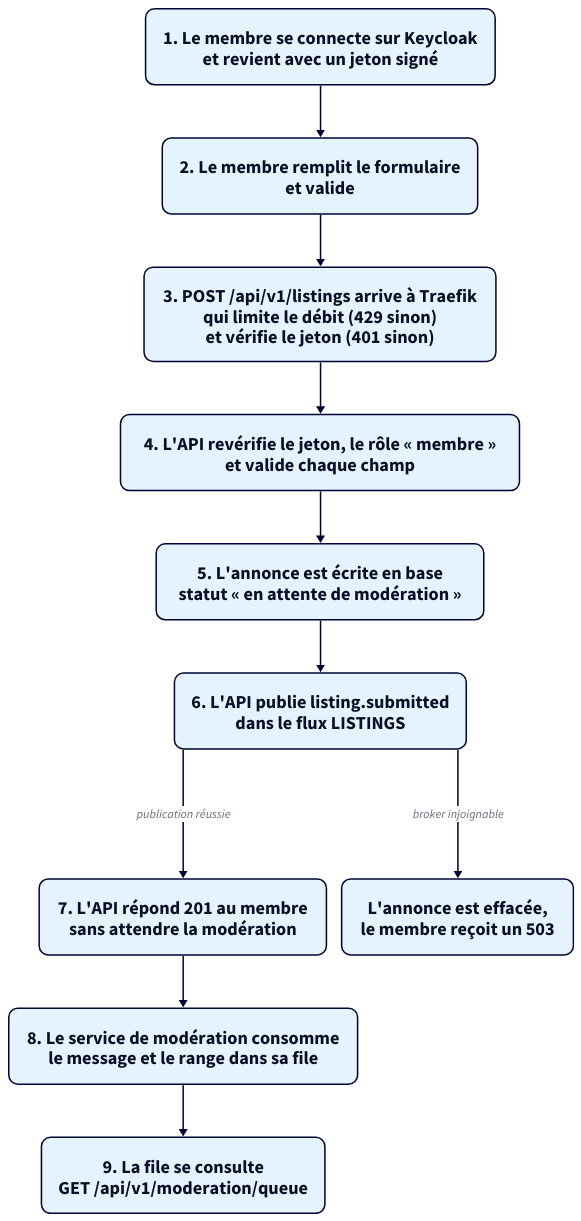
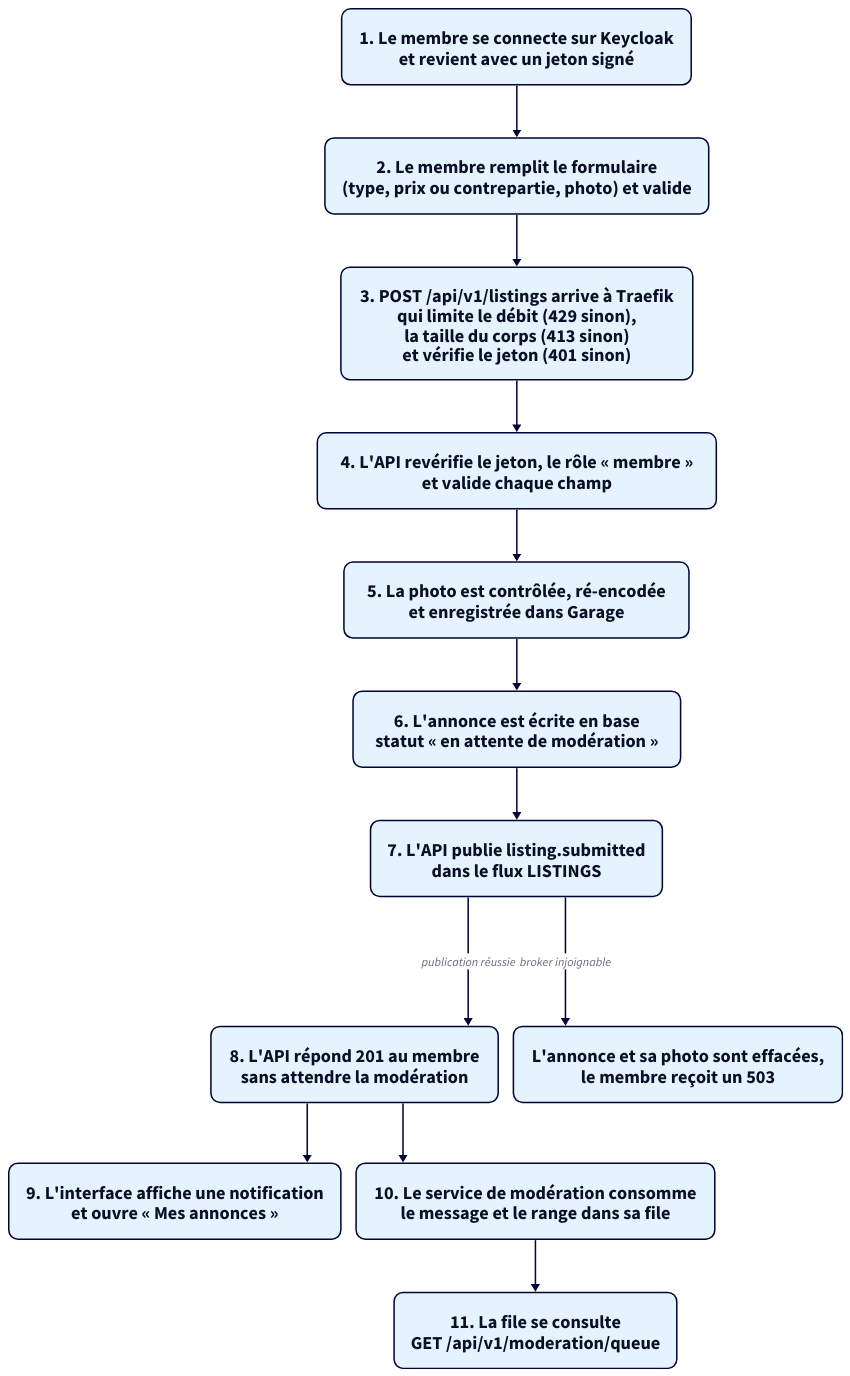
The second of 2 diagrams in docs/architecture.md (kitaah/pme), drawn with D2 before and after one commit. The commit also changed other lines of this file and 114 other files, not shown here.

Commit message:
Feat/depot annonce photo

````diff
--- a/docs/architecture.md
+++ b/docs/architecture.md
@@ -136,35 +150,38 @@
 ```d2
 vars: {
   d2-config: {
     layout-engine: elk
     theme-id: 5
     pad: 8
   }
 }
 direction: down
 
 classes: {
   boite: {
     style: {
       font-size: 24
       border-radius: 12
     }
   }
 }
 
 connexion: "1. Le membre se connecte sur Keycloak\net revient avec un jeton signé" {class: boite}
-depot: "2. Le membre remplit le formulaire\net valide" {class: boite}
-entree: "3. POST /api/v1/listings arrive à Traefik\nqui limite le débit (429 sinon)\net vérifie le jeton (401 sinon)" {class: boite}
+depot: "2. Le membre remplit le formulaire\n(type, prix ou contrepartie, photo) et valide" {class: boite}
+entree: "3. POST /api/v1/listings arrive à Traefik\nqui limite le débit (429 sinon),\nla taille du corps (413 sinon)\net vérifie le jeton (401 sinon)" {class: boite}
 controle: "4. L'API revérifie le jeton, le rôle « membre »\net valide chaque champ" {class: boite}
-ecriture: "5. L'annonce est écrite en base\nstatut « en attente de modération »" {class: boite}
-publication: "6. L'API publie listing.submitted\ndans le flux LISTINGS" {class: boite}
-reponse: "7. L'API répond 201 au membre\nsans attendre la modération" {class: boite}
-consommation: "8. Le service de modération consomme\nle message et le range dans sa file" {class: boite}
-file: "9. La file se consulte\nGET /api/v1/moderation/queue" {class: boite}
-compensation: "L'annonce est effacée,\nle membre reçoit un 503" {class: boite}
+photo: "5. La photo est contrôlée, ré-encodée\net enregistrée dans Garage" {class: boite}
+ecriture: "6. L'annonce est écrite en base\nstatut « en attente de modération »" {class: boite}
+publication: "7. L'API publie listing.submitted\ndans le flux LISTINGS" {class: boite}
+reponse: "8. L'API répond 201 au membre\nsans attendre la modération" {class: boite}
+redirection: "9. L'interface affiche une notification\net ouvre « Mes annonces »" {class: boite}
+consommation: "10. Le service de modération consomme\nle message et le range dans sa file" {class: boite}
+file: "11. La file se consulte\nGET /api/v1/moderation/queue" {class: boite}
+compensation: "L'annonce et sa photo sont effacées,\nle membre reçoit un 503" {class: boite}
 
-connexion -> depot -> entree -> controle -> ecriture -> publication
+connexion -> depot -> entree -> controle -> photo -> ecriture -> publication
 publication -> reponse: publication réussie
 publication -> compensation: broker injoignable
+reponse -> redirection
 reponse -> consommation -> file
 ```
````
